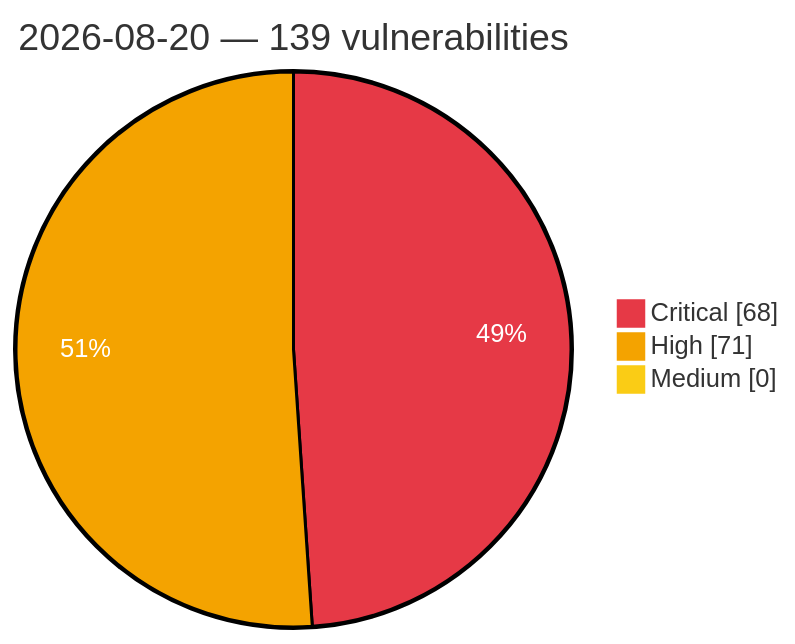
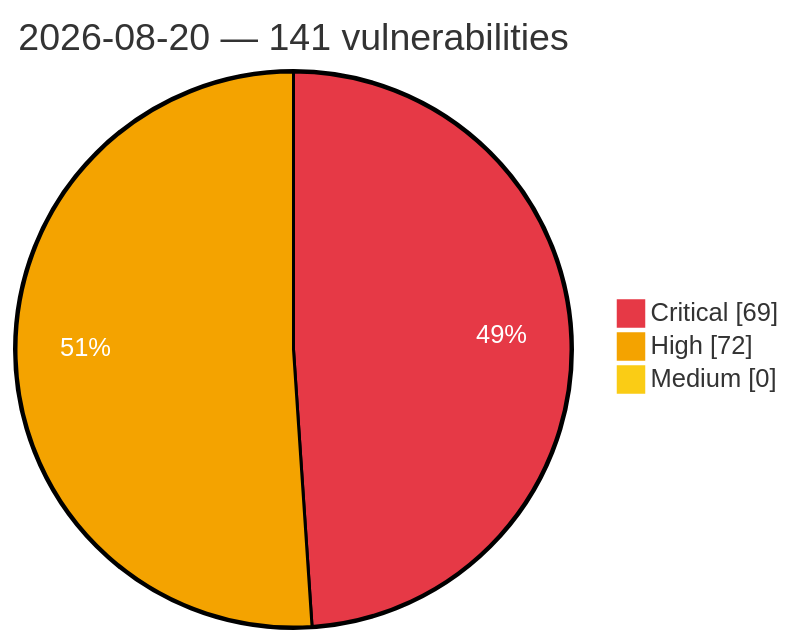
One commit to GhostX0X/vuln-tracker changed the diagram in vulnerabilities/2026/August/2026-08-20.md. Above: the diagram before and after it, drawn with Mermaid. The commit also changed other lines of this file and 5 other files, not shown here.

Commit message:
Auto update: critical/high vulns (2026-08-20 23:23 UTC)

````diff
--- a/vulnerabilities/2026/August/2026-08-20.md
+++ b/vulnerabilities/2026/August/2026-08-20.md
@@ -3,8 +3,8 @@
 ```mermaid
 %%{init: {'theme':'base', 'themeVariables': {'pie1':'#e63946', 'pie2':'#f4a300', 'pie3':'#facc15', 'pieOpacity':'1', 'pieOuterStrokeWidth':'2px', 'pieSectionTextColor':'#ffffff'}}}%%
 pie showData
-    title 2026-08-20 — 139 vulnerabilities
-    "Critical" : 68
-    "High" : 71
+    title 2026-08-20 — 141 vulnerabilities
+    "Critical" : 69
+    "High" : 72
     "Medium" : 0
 ```
````
